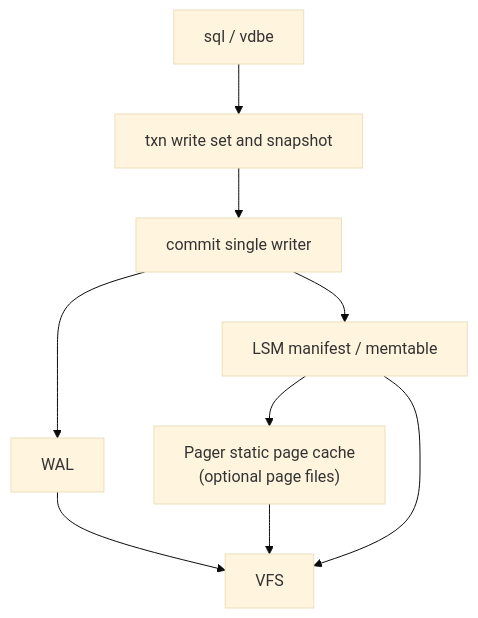
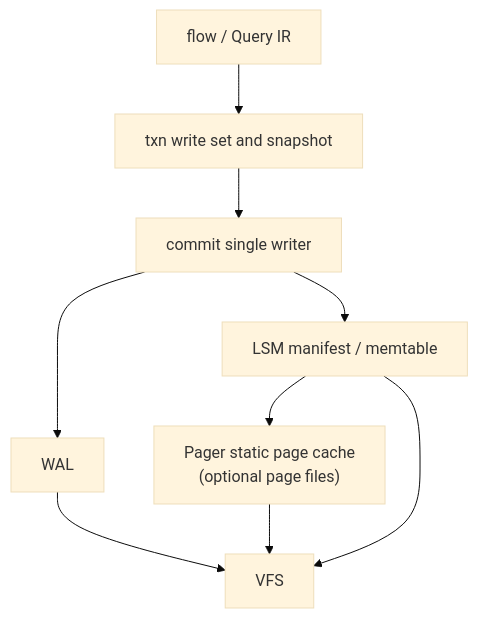
The first of 2 diagrams in docs/architecture/pager-and-static-cache.md (viloris-org/Pico), drawn with Mermaid (base theme) before and after one commit. The commit also changed other lines of this file and 60 other files, not shown here.

First line of the commit message:
feat(protocol): upgrade RunaDB Wire Protocol to v2 with Flow and evidence support

````diff
--- a/docs/architecture/pager-and-static-cache.md
+++ b/docs/architecture/pager-and-static-cache.md
@@ -26,11 +26,11 @@
 ```mermaid
 flowchart TB
-  sql["sql / vdbe"] --> txn["txn write set and snapshot"]
+  flow["flow / Query IR"] --> txn["txn write set and snapshot"]
   txn --> commit["commit single writer"]
   commit --> wal["WAL"]
   commit --> lsm["LSM manifest / memtable"]
   lsm --> pager["Pager static page cache\n(optional page files)"]
   wal --> vfs["VFS"]
   pager --> vfs
   lsm --> vfs
 ```
````
